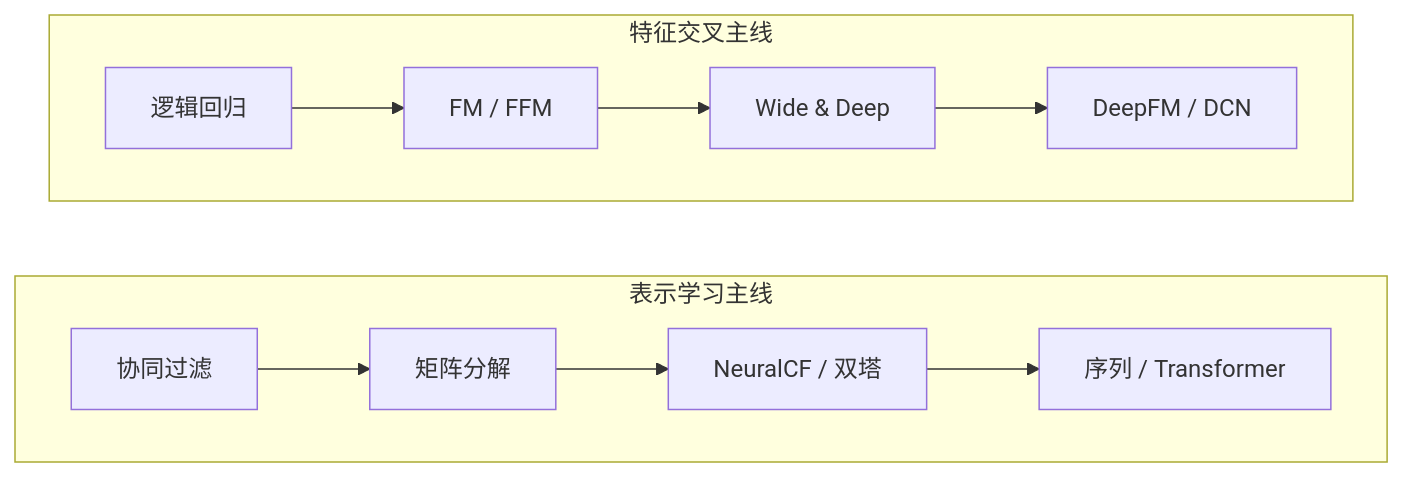
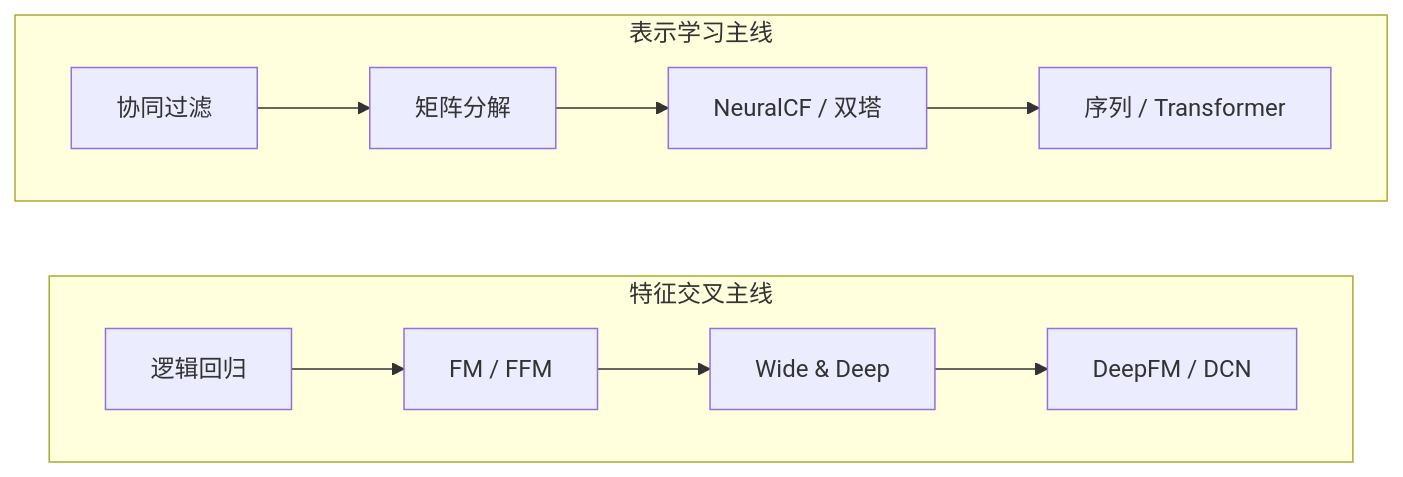
Before and after one commit to Heng-Mei/heng-mei.github.io: the first of 6 diagrams in content/notes/Deep-Learning-Recommender-System-2.0/2-evolution-of-deep-learning-recommender-models.md, drawn with Mermaid. The commit also changed other lines of this file, not shown here.

Commit message:
docs(recommender): reorder subgraphs in flowchart

````diff
--- a/content/notes/Deep-Learning-Recommender-System-2.0/2-evolution-of-deep-learning-recommender-models.md
+++ b/content/notes/Deep-Learning-Recommender-System-2.0/2-evolution-of-deep-learning-recommender-models.md
@@ -36,20 +36,20 @@
 ```mermaid
 flowchart LR
+    subgraph 特征交叉主线
+        direction LR
+        LR[逻辑回归]
+        FM[FM / FFM]
+        WD[Wide & Deep]
+        DFM[DeepFM / DCN]
+        LR --> FM --> WD --> DFM
+    end
+
     subgraph 表示学习主线
         direction LR
         CF[协同过滤]
         MF[矩阵分解]
         NCF[NeuralCF / 双塔]
         SEQ[序列 / Transformer]
         CF --> MF --> NCF --> SEQ
     end
-
-    subgraph 特征交叉主线
-        direction LR
-        LR[逻辑回归]
-        FM[FM / FFM]
-        WD[Wide & Deep]
-        DFM[DeepFM / DCN]
-        LR --> FM --> WD --> DFM
-    end
 ```
````
